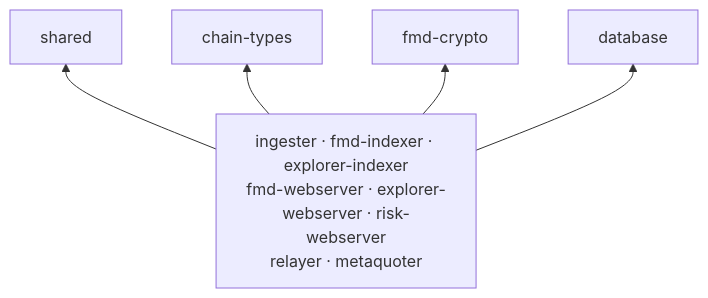
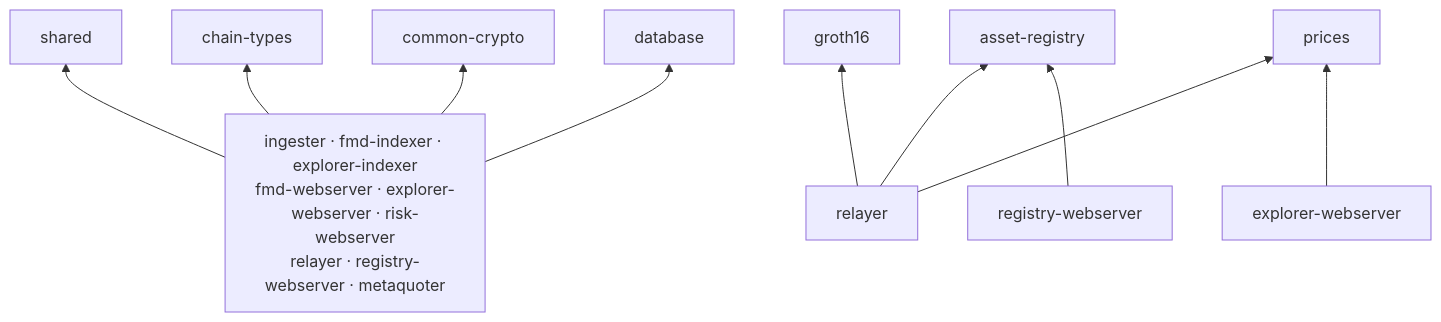
The eighth of 8 diagrams in README.md (lelantos-org/backend), drawn with Mermaid before and after one commit. The commit also changed other lines of this file and 506 other files, not shown here.

````diff
--- a/README.md
+++ b/README.md
@@ -211,7 +236,10 @@
 ```mermaid
 flowchart BT
-  BINS["ingester · fmd-indexer · explorer-indexer<br/>fmd-webserver · explorer-webserver · risk-webserver<br/>relayer · metaquoter"] --> SH[shared]
+  BINS["ingester · fmd-indexer · explorer-indexer<br/>fmd-webserver · explorer-webserver · risk-webserver<br/>relayer · registry-webserver · metaquoter"] --> SH[shared]
   BINS --> CT[chain-types]
-  BINS --> FC[fmd-crypto]
+  BINS --> FC[common-crypto]
   BINS --> DB[database]
+  REL[relayer] --> G16[groth16]
+  REL & REG[registry-webserver] --> AR[asset-registry]
+  REL & EW[explorer-webserver] --> PR[prices]
 ```
````
